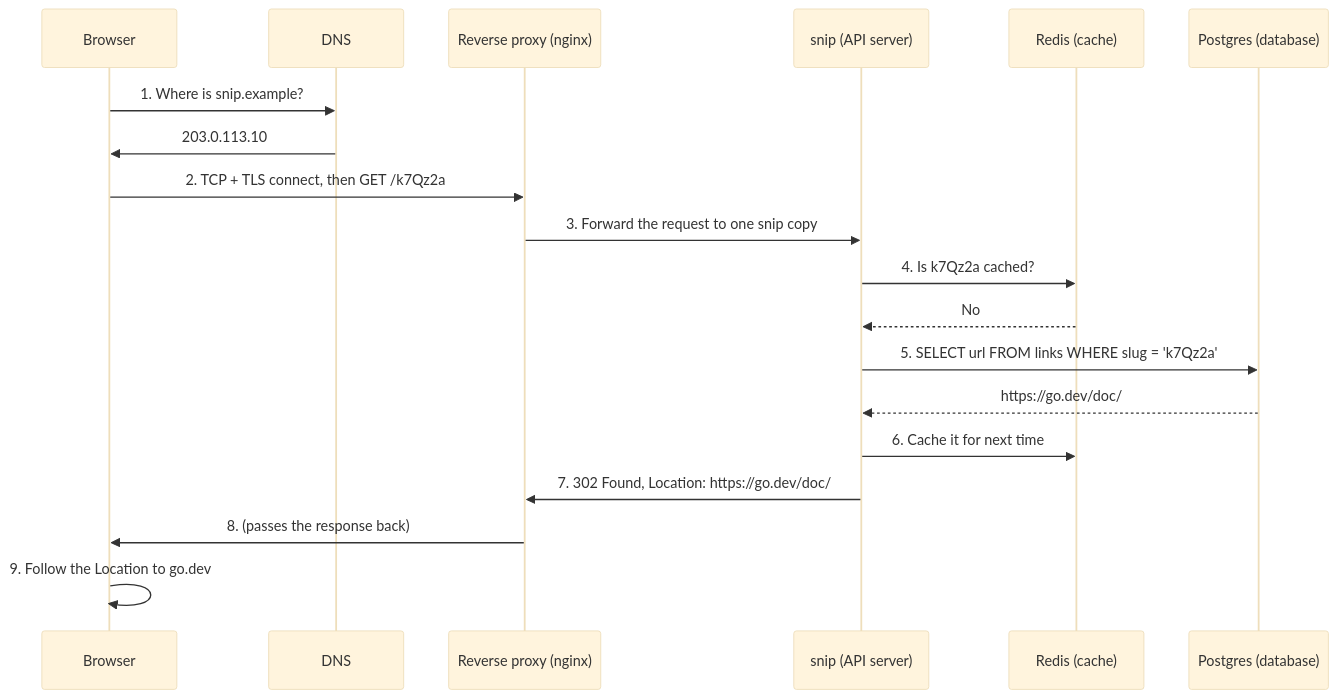
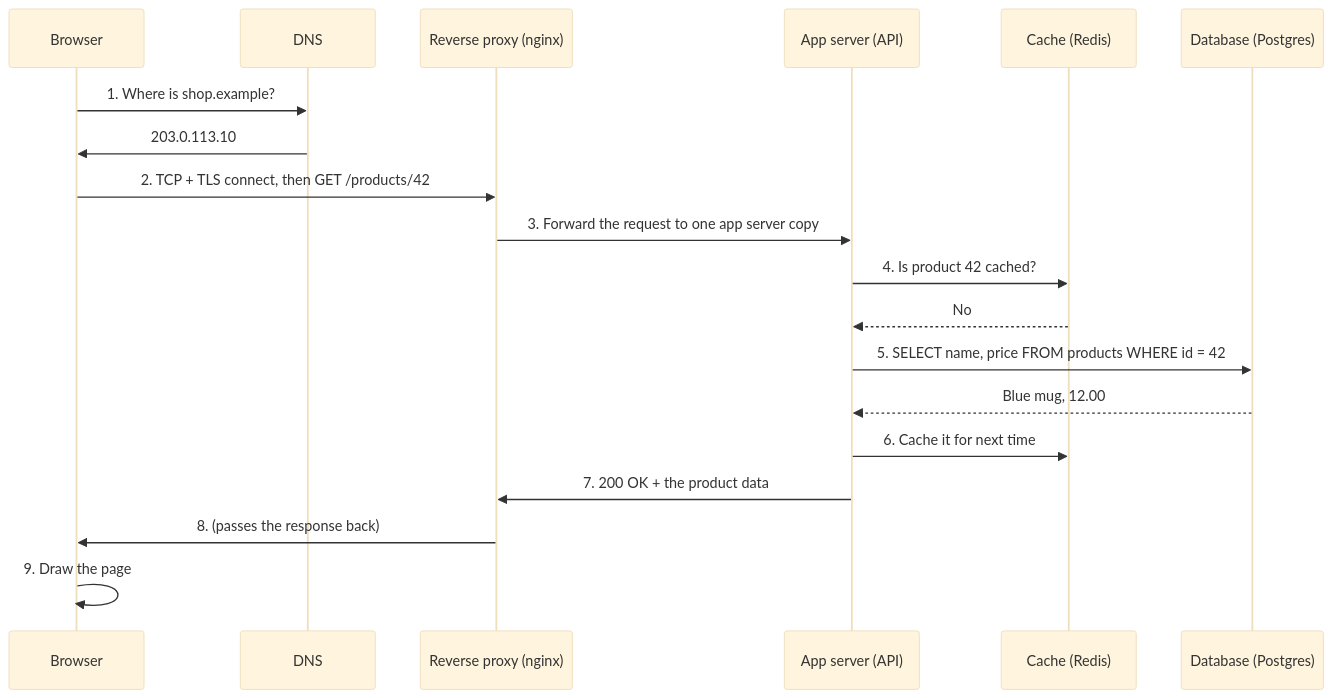
The third of 3 diagrams in docs/foundations/what-a-server-is.mdx (jawwadzafar/zero-to-prod), drawn with Mermaid (base theme) before and after one commit. The commit also changed other lines of this file, not shown here.

Commit message:
docs: 1.6 teaches servers on a generic shop request and a one-line Python server first; snip's server loop, redirect journey and components move to an 'Apply it to snip' section

````diff
--- a/docs/foundations/what-a-server-is.mdx
+++ b/docs/foundations/what-a-server-is.mdx
@@ -96,21 +99,21 @@
 ```mermaid
 sequenceDiagram
     participant B as Browser
     participant D as DNS
     participant P as Reverse proxy (nginx)
-    participant A as snip (API server)
-    participant R as Redis (cache)
-    participant G as Postgres (database)
-    B->>D: 1. Where is snip.example?
+    participant A as App server (API)
+    participant R as Cache (Redis)
+    participant G as Database (Postgres)
+    B->>D: 1. Where is shop.example?
     D->>B: 203.0.113.10
-    B->>P: 2. TCP + TLS connect, then GET /k7Qz2a
-    P->>A: 3. Forward the request to one snip copy
-    A->>R: 4. Is k7Qz2a cached?
+    B->>P: 2. TCP + TLS connect, then GET /products/42
+    P->>A: 3. Forward the request to one app server copy
+    A->>R: 4. Is product 42 cached?
     R-->>A: No
-    A->>G: 5. SELECT url FROM links WHERE slug = 'k7Qz2a'
-    G-->>A: https://go.dev/doc/
+    A->>G: 5. SELECT name, price FROM products WHERE id = 42
+    G-->>A: Blue mug, 12.00
     A->>R: 6. Cache it for next time
-    A->>P: 7. 302 Found, Location: https://go.dev/doc/
+    A->>P: 7. 200 OK + the product data
     P->>B: 8. (passes the response back)
-    B->>B: 9. Follow the Location to go.dev
+    B->>B: 9. Draw the page
 ```
````
